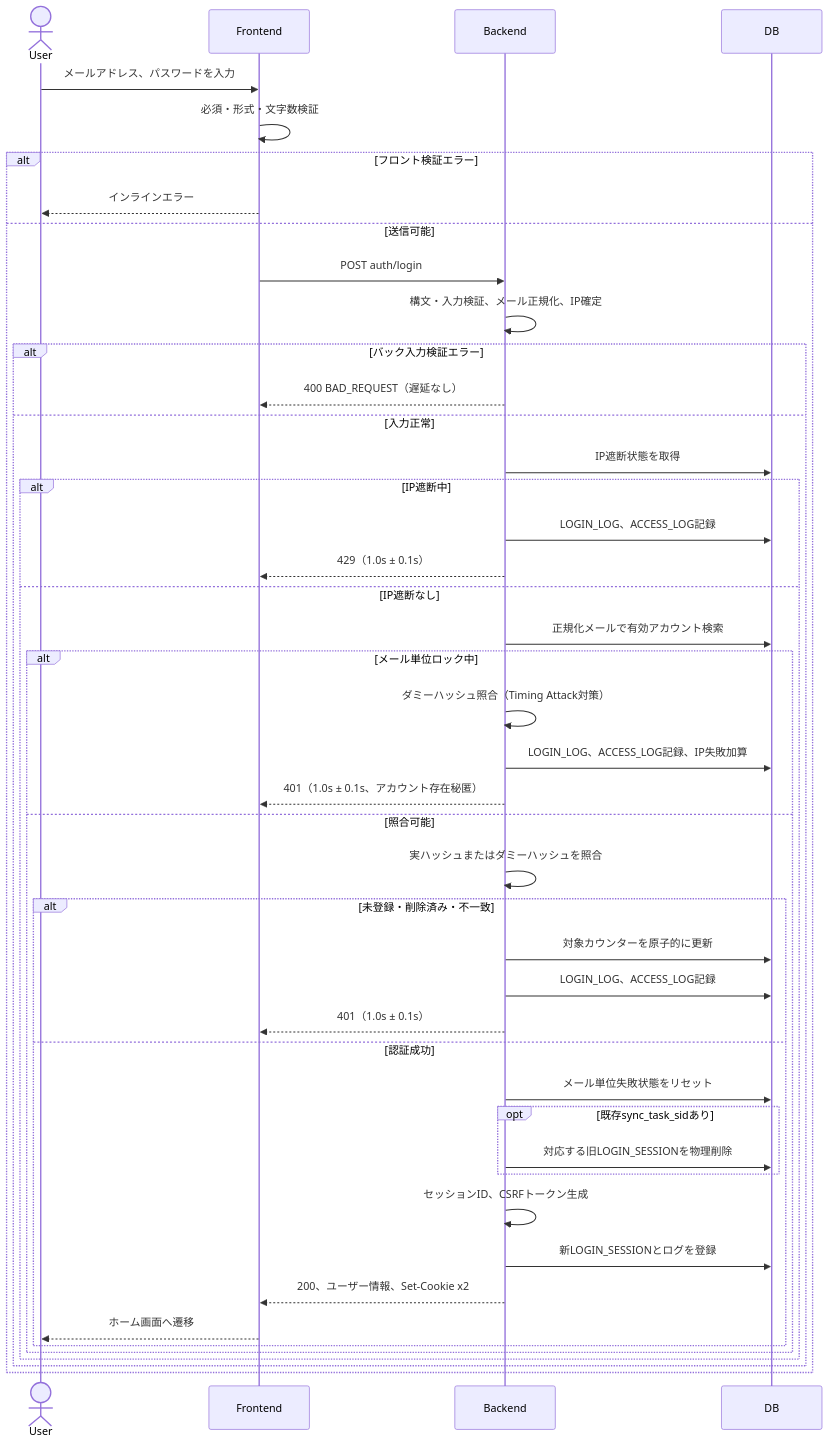
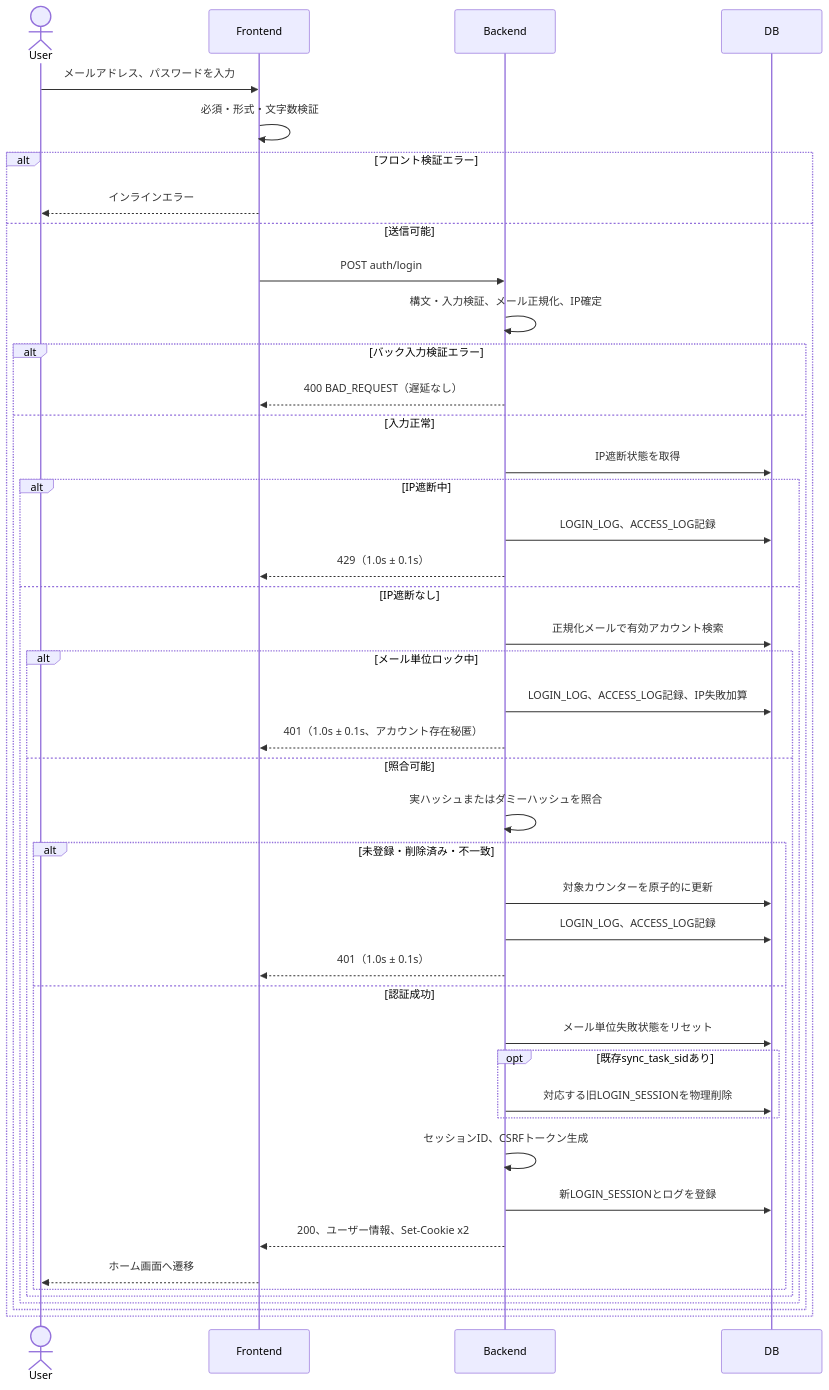
Before and after one commit to TUS-TI-dev-team/SyncTask: the diagram in docs/design/process_design/04_login.md, drawn with Mermaid. The commit also changed other lines of this file and 7 other files, not shown here.

````diff
--- a/docs/design/process_design/04_login.md
+++ b/docs/design/process_design/04_login.md
@@ -42,47 +42,46 @@
 ```mermaid
 sequenceDiagram
     actor User
     participant Frontend
     participant Backend
     participant DB
     User->>Frontend: メールアドレス、パスワードを入力
     Frontend->>Frontend: 必須・形式・文字数検証
     alt フロント検証エラー
         Frontend-->>User: インラインエラー
     else 送信可能
         Frontend->>Backend: POST auth/login
         Backend->>Backend: 構文・入力検証、メール正規化、IP確定
         alt バック入力検証エラー
             Backend-->>Frontend: 400 BAD_REQUEST（遅延なし）
         else 入力正常
             Backend->>DB: IP遮断状態を取得
             alt IP遮断中
                 Backend->>DB: LOGIN_LOG、ACCESS_LOG記録
                 Backend-->>Frontend: 429（1.0s ± 0.1s）
             else IP遮断なし
                 Backend->>DB: 正規化メールで有効アカウント検索
                 alt メール単位ロック中
-                    Backend->>Backend: ダミーハッシュ照合（Timing Attack対策）
                     Backend->>DB: LOGIN_LOG、ACCESS_LOG記録、IP失敗加算
                     Backend-->>Frontend: 401（1.0s ± 0.1s、アカウント存在秘匿）
                 else 照合可能
                     Backend->>Backend: 実ハッシュまたはダミーハッシュを照合
                     alt 未登録・削除済み・不一致
                         Backend->>DB: 対象カウンターを原子的に更新
                         Backend->>DB: LOGIN_LOG、ACCESS_LOG記録
                         Backend-->>Frontend: 401（1.0s ± 0.1s）
                     else 認証成功
                         Backend->>DB: メール単位失敗状態をリセット
                         opt 既存sync_task_sidあり
                             Backend->>DB: 対応する旧LOGIN_SESSIONを物理削除
                         end
                         Backend->>Backend: セッションID、CSRFトークン生成
                         Backend->>DB: 新LOGIN_SESSIONとログを登録
                         Backend-->>Frontend: 200、ユーザー情報、Set-Cookie x2
                         Frontend-->>User: ホーム画面へ遷移
                     end
                 end
             end
         end
     end
 ```
````
